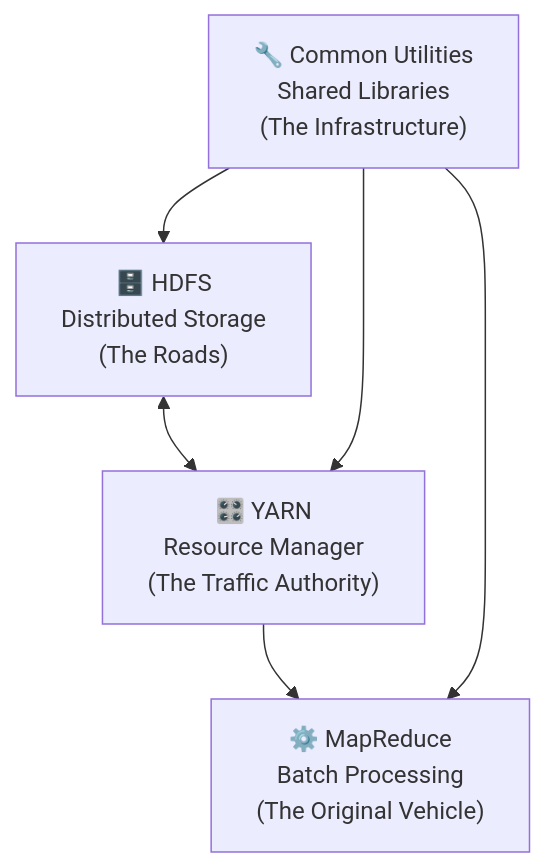
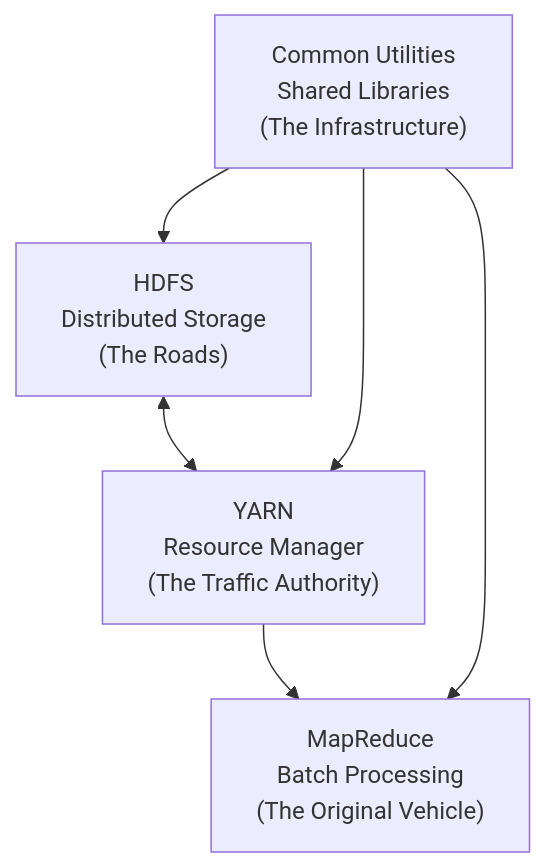
One commit to NK2552003/Big-Data-Survival-Guide changed the fourth of 13 diagrams in UNITS/UNIT 3/unit-3-english-fun.md. Above: the diagram before and after it, drawn with Mermaid. The commit also changed other lines of this file and 78 other files, not shown here.

````diff
--- a/UNITS/UNIT 3/unit-3-english-fun.md
+++ b/UNITS/UNIT 3/unit-3-english-fun.md
@@ -292,13 +292,13 @@
 ```mermaid
 graph TB
-    HDFS["🗄️ HDFS\nDistributed Storage\n(The Roads)"]
-    YARN["🎛️ YARN\nResource Manager\n(The Traffic Authority)"]
-    MR["⚙️ MapReduce\nBatch Processing\n(The Original Vehicle)"]
-    Common["🔧 Common Utilities\nShared Libraries\n(The Infrastructure)"]
+ HDFS[" HDFS\nDistributed Storage\n(The Roads)"]
+ YARN[" YARN\nResource Manager\n(The Traffic Authority)"]
+ MR[" MapReduce\nBatch Processing\n(The Original Vehicle)"]
+ Common[" Common Utilities\nShared Libraries\n(The Infrastructure)"]
 
-    HDFS <--> YARN
-    YARN --> MR
-    Common --> HDFS
-    Common --> YARN
-    Common --> MR
+ HDFS <--> YARN
+ YARN --> MR
+ Common --> HDFS
+ Common --> YARN
+ Common --> MR
 ```
````
